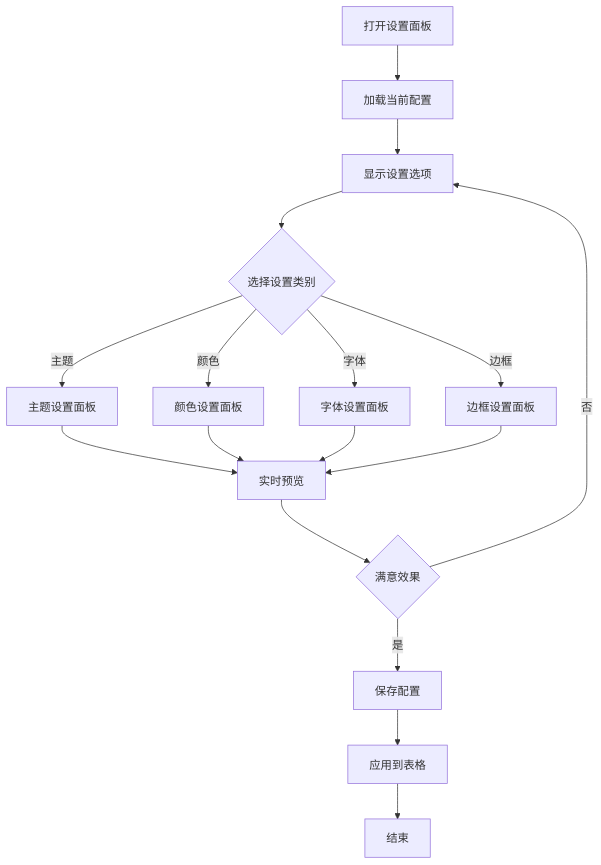
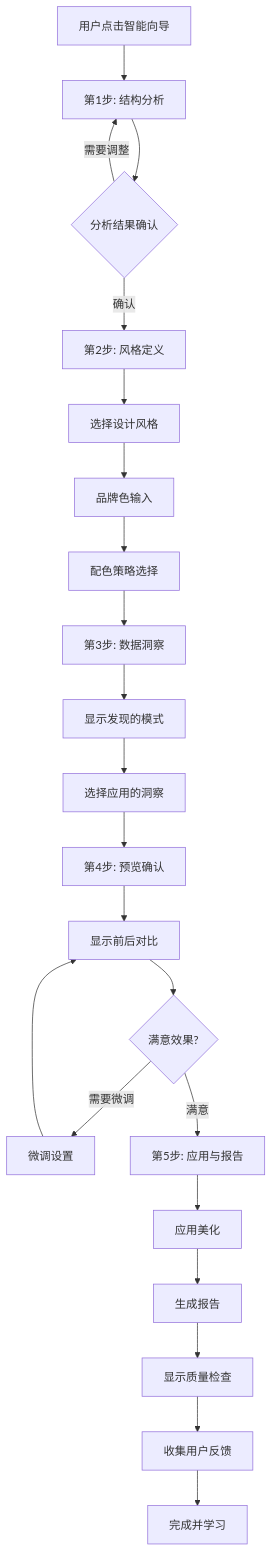
One commit to Daydreamdelusion/ExcelLayoutOptimizer changed the second of 2 diagrams in beautification_requirements/beautification_requirements.md. Above: the diagram before and after it, drawn with Mermaid. The commit also changed other lines of this file and 1 other file, not shown here.

Commit message:
feat: Add comprehensive README for Excel智能美化与布局优化系统 v4.0, detailing new features, system architecture, installation steps, and usage scenarios

````diff
--- a/beautification_requirements/beautification_requirements.md
+++ b/beautification_requirements/beautification_requirements.md
@@ -822,19 +1304,24 @@
 ```mermaid
 graph TD
-    A[打开设置面板] --> B[加载当前配置]
-    B --> C[显示设置选项]
-    C --> D{选择设置类别}
-    D -->|主题| E[主题设置面板]
-    D -->|颜色| F[颜色设置面板]
-    D -->|字体| G[字体设置面板]
-    D -->|边框| H[边框设置面板]
-    E --> I[实时预览]
-    F --> I
-    G --> I
-    H --> I
-    I --> J{满意效果}
-    J -->|否| C
-    J -->|是| K[保存配置]
-    K --> L[应用到表格]
-    L --> M[结束]
+    A[用户点击智能向导] --> B[第1步: 结构分析]
+    B --> C{分析结果确认}
+    C -->|需要调整| B
+    C -->|确认| D[第2步: 风格定义]
+    D --> E[选择设计风格]
+    E --> F[品牌色输入]
+    F --> G[配色策略选择]
+    G --> H[第3步: 数据洞察]
+    H --> I[显示发现的模式]
+    I --> J[选择应用的洞察]
+    J --> K[第4步: 预览确认]
+    K --> L[显示前后对比]
+    L --> M{满意效果?}
+    M -->|需要微调| N[微调设置]
+    N --> L
+    M -->|满意| O[第5步: 应用与报告]
+    O --> P[应用美化]
+    P --> Q[生成报告]
+    Q --> R[显示质量检查]
+    R --> S[收集用户反馈]
+    S --> T[完成并学习]
 ```
````
